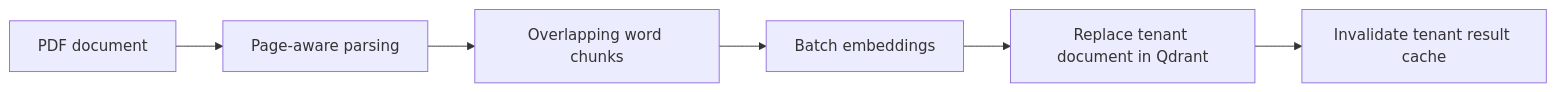
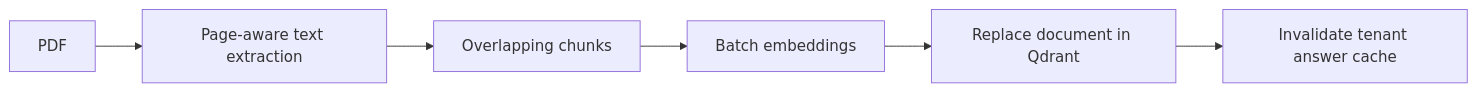
Before and after one commit to iremdinc22/enterprise-rag-platform: the first of 2 diagrams in README.md, drawn with Mermaid. The commit also changed other lines of this file and 1 other file, not shown here.

````diff
--- a/README.md
+++ b/README.md
@@ -37,8 +54,8 @@
 ```mermaid
 flowchart LR
-    A[PDF document] --> B[Page-aware parsing]
-    B --> C[Overlapping word chunks]
+    A[PDF] --> B[Page-aware text extraction]
+    B --> C[Overlapping chunks]
     C --> D[Batch embeddings]
-    D --> E[Replace tenant document in Qdrant]
-    E --> F[Invalidate tenant result cache]
+    D --> E[Replace document in Qdrant]
+    E --> F[Invalidate tenant answer cache]
 ```
````
